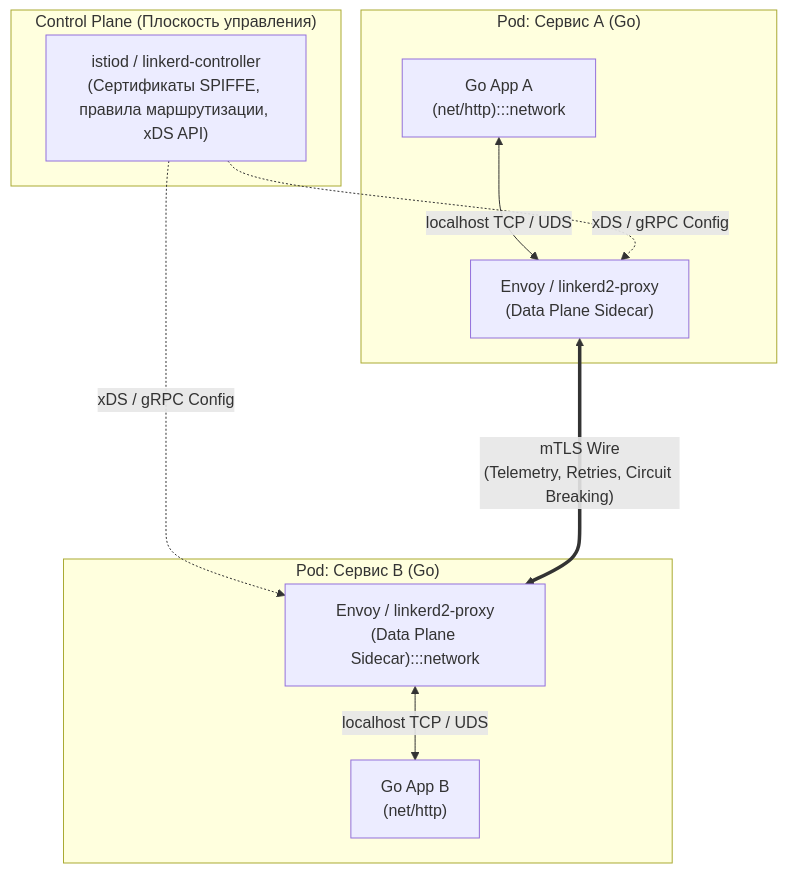
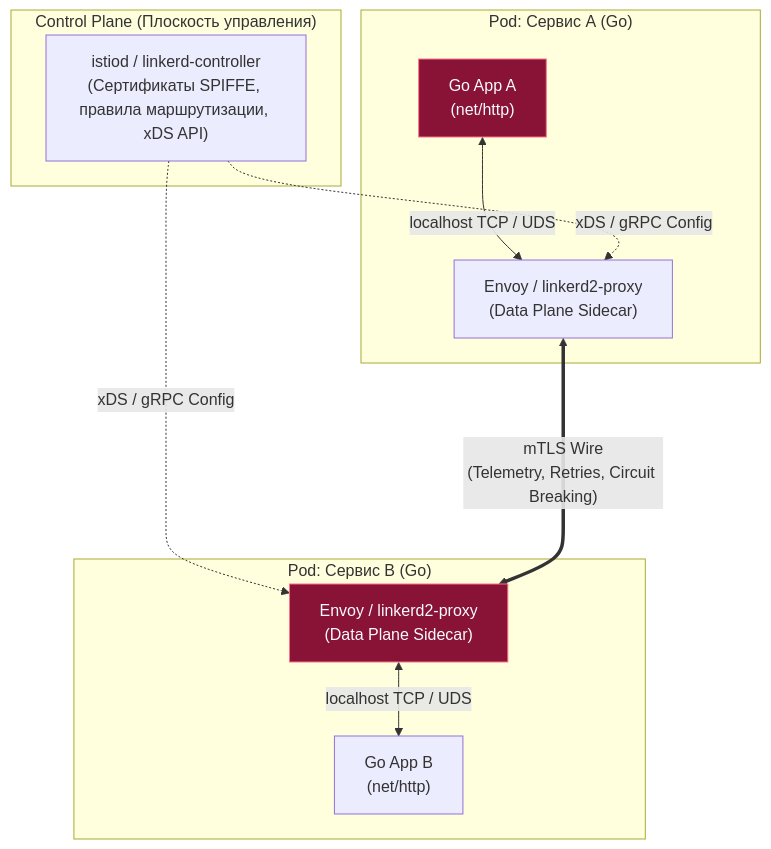
Before and after one commit to UnrealTemplier/go-textbook-ru: the first of 2 diagrams in sources/3. Компьютерные сети и сетевой стек/42. Service Mesh. Istio, Linkerd, sidecar proxy.md, drawn with Mermaid. The commit also changed 166 other files, not shown here.

First line of the commit message:
fix(mermaid): move :::class out of quoted node labels

````diff
--- a/sources/3. Компьютерные сети и сетевой стек/42. Service Mesh. Istio, Linkerd, sidecar proxy.md
+++ b/sources/3. Компьютерные сети и сетевой стек/42. Service Mesh. Istio, Linkerd, sidecar proxy.md
@@ -32,29 +32,29 @@
 ```mermaid
 flowchart TD
     classDef process  fill:#1e293b,stroke:#38bdf8,stroke-width:1px,color:#f8fafc
     classDef success  fill:#064e3b,stroke:#34d399,stroke-width:1px,color:#f8fafc
     classDef error    fill:#7f1d1d,stroke:#f87171,stroke-width:1px,color:#f8fafc
     classDef warning  fill:#78350f,stroke:#fbbf24,stroke-width:1px,color:#f8fafc
     classDef entry    fill:#1e3a5f,stroke:#38bdf8,stroke-width:2px,color:#f8fafc
     classDef aux      fill:#334155,stroke:#64748b,stroke-width:1px,color:#f8fafc
     classDef system   fill:#312e81,stroke:#a78bfa,stroke-width:1px,color:#f8fafc
     classDef data     fill:#132d29,stroke:#2dd4bf,stroke-width:1px,color:#f8fafc
     classDef network  fill:#881337,stroke:#fb7185,stroke-width:1px,color:#f8fafc
     classDef accent   fill:#1e1b4b,stroke:#818cf8,stroke-width:1px,color:#f8fafc
     subgraph ControlPlane["Control Plane (Плоскость управления)"]
         CP["istiod / linkerd-controller<br>(Сертификаты SPIFFE, правила маршрутизации, xDS API)"]
     end
 
     subgraph Pod1["Pod: Сервис А (Go)"]
-        GoA["Go App A<br>(net/http):::network"] <-->|"localhost TCP / UDS"| ProxyA["Envoy / linkerd2-proxy<br>(Data Plane Sidecar)"]
+        GoA["Go App A<br>(net/http)"]:::network <-->|"localhost TCP / UDS"| ProxyA["Envoy / linkerd2-proxy<br>(Data Plane Sidecar)"]
     end
 
     subgraph Pod2["Pod: Сервис B (Go)"]
-        ProxyB["Envoy / linkerd2-proxy<br>(Data Plane Sidecar):::network"] <-->|"localhost TCP / UDS"| GoB["Go App B<br>(net/http)"]
+        ProxyB["Envoy / linkerd2-proxy<br>(Data Plane Sidecar)"]:::network <-->|"localhost TCP / UDS"| GoB["Go App B<br>(net/http)"]
     end
 
     CP -.->|"xDS / gRPC Config"| ProxyA
     CP -.->|"xDS / gRPC Config"| ProxyB
 
     ProxyA <===>|"mTLS Wire<br>(Telemetry, Retries, Circuit Breaking)"| ProxyB
 ```
````
